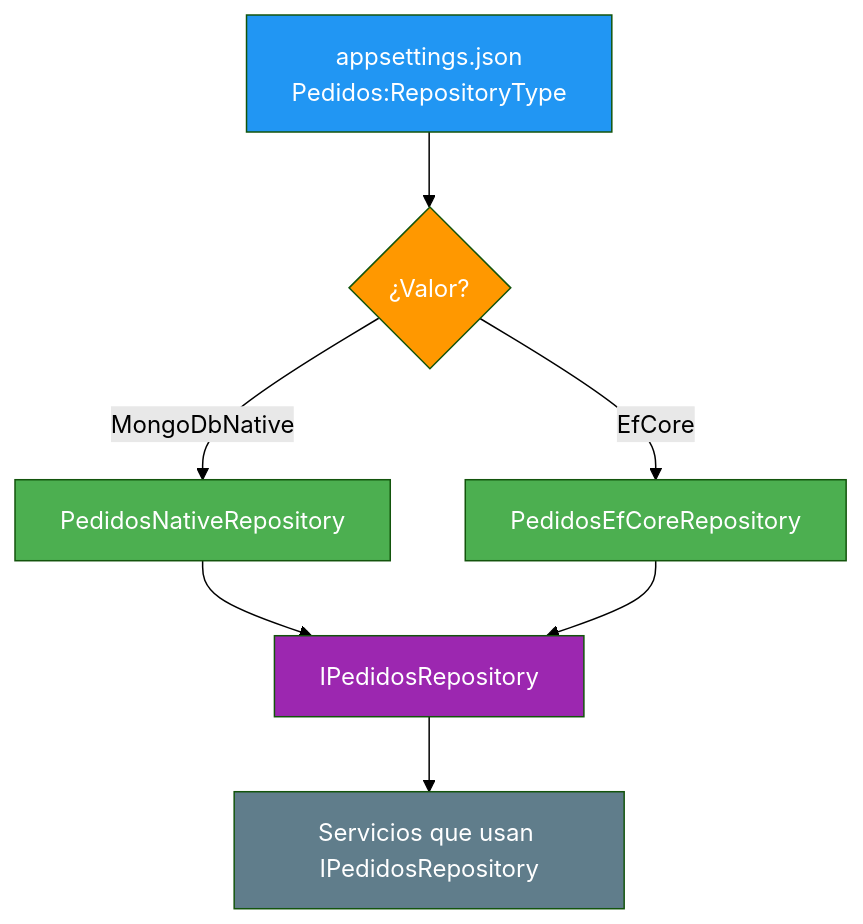
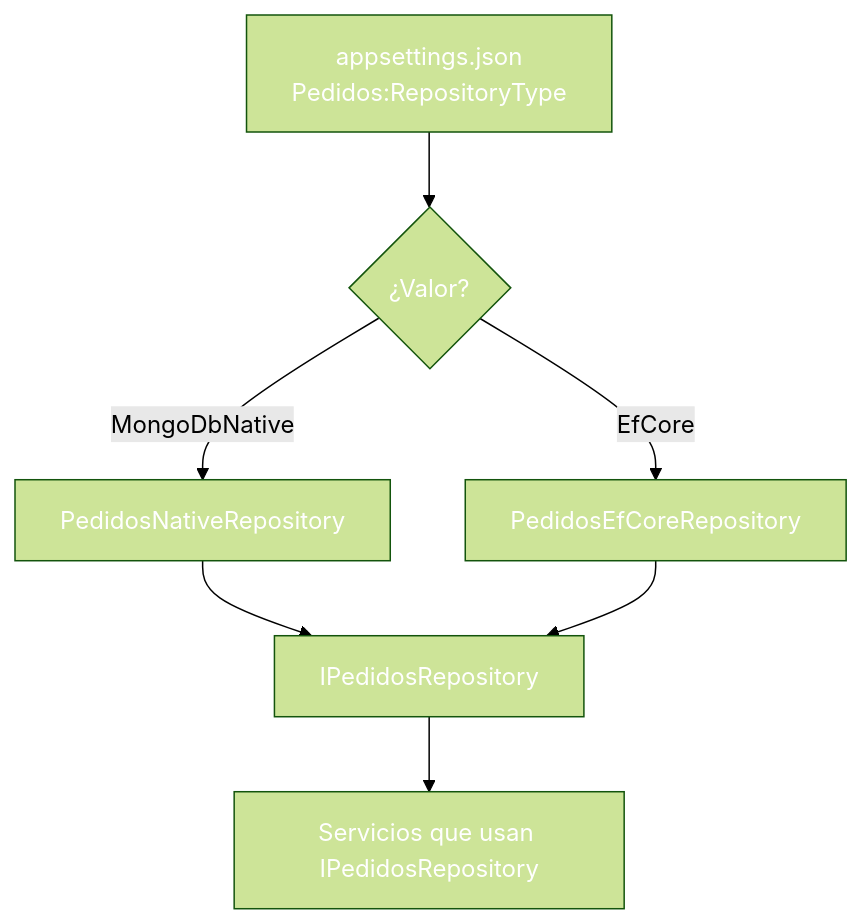
The sixth of 6 diagrams in 11-inyeccion-dependencias.md (joseluisgs/DesarrolloWebEntornosServidor-01-2026-2027), drawn with Mermaid (forest theme) before and after one commit. The commit also changed other lines of this file and 66 other files, not shown here.

First line of the commit message:
fix: normalizar titulos al castellano de frase y corregir la paleta de mermaid

````diff
--- a/11-inyeccion-dependencias.md
+++ b/11-inyeccion-dependencias.md
@@ -536,16 +536,16 @@
 ```mermaid
 flowchart TD
     A["appsettings.json<br/>Pedidos:RepositoryType"] --> B{"¿Valor?"}
     B -->|MongoDbNative| C["PedidosNativeRepository"]
     B -->|EfCore| D["PedidosEfCoreRepository"]
     C --> E["IPedidosRepository"]
     D --> E
     E --> F["Servicios que usan IPedidosRepository"]
 
-    style A fill:#2196F3,color:#fff
-    style B fill:#FF9800,color:#fff
-    style C fill:#4CAF50,color:#fff
-    style D fill:#4CAF50,color:#fff
-    style E fill:#9C27B0,color:#fff
-    style F fill:#607D8B,color:#fff
+    style A fill:#2196F,color:#fff3,color:#fff
+    style B fill:#FF980,color:#fff0,color:#fff
+    style C fill:#4CAF5,color:#fff0,color:#fff
+    style D fill:#4CAF5,color:#fff0,color:#fff
+    style E fill:#9C27B,color:#fff0,color:#fff
+    style F fill:#607D8,color:#fffB,color:#fff
 ```
````
